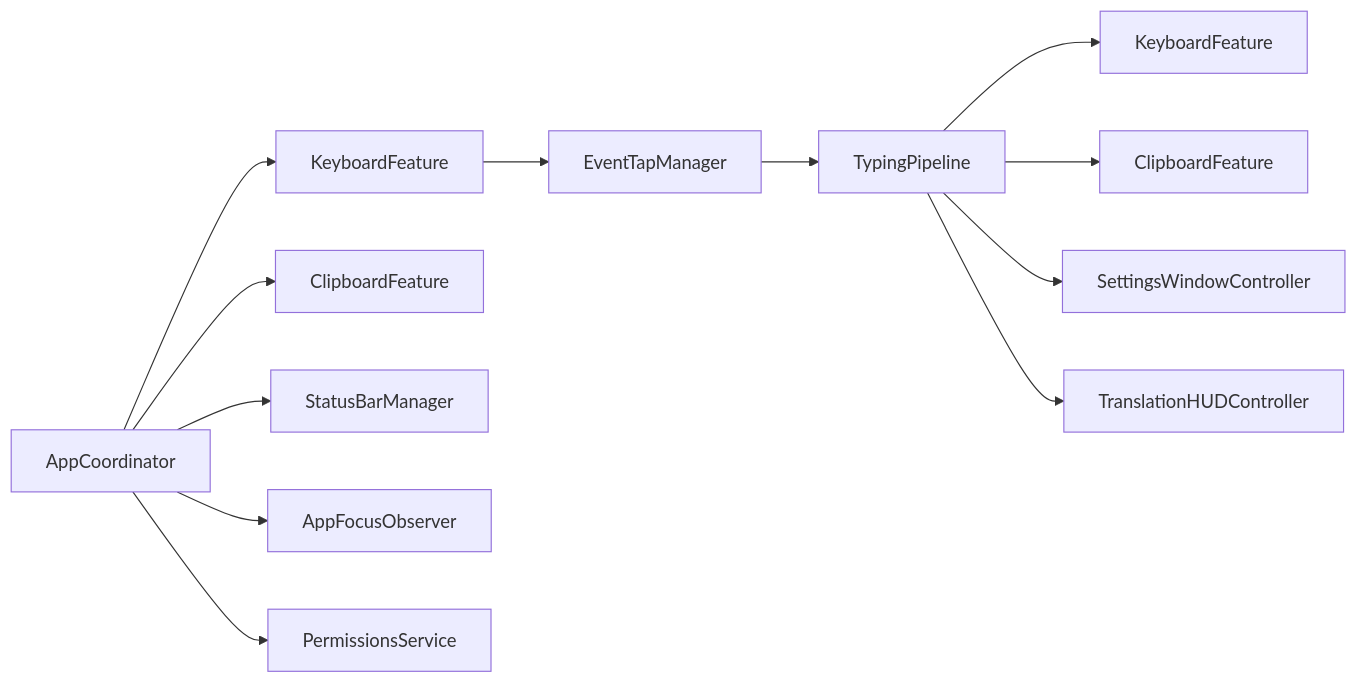
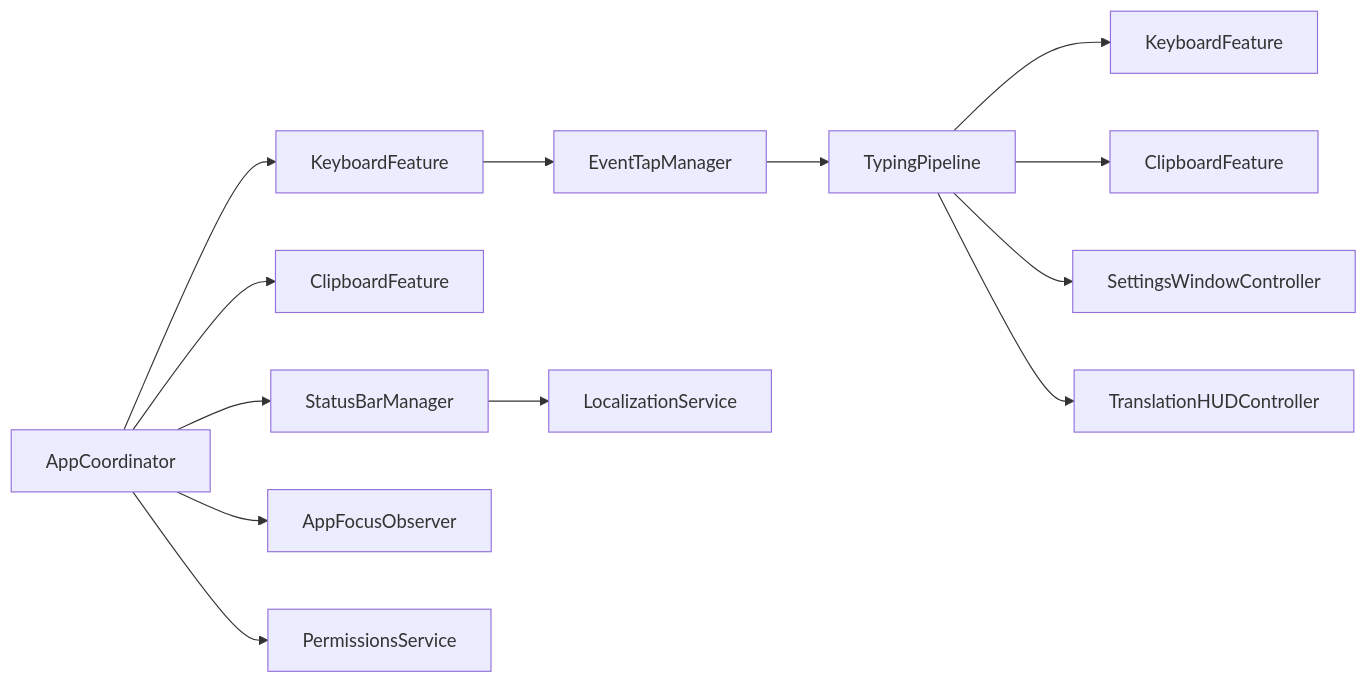
The ninth of 9 diagrams in .qoder/repowiki/en/content/macOS Application/macOS Application.md (Nam088/skey), drawn with Mermaid before and after one commit. The commit also changed other lines of this file and 84 other files, not shown here.

````diff
--- a/.qoder/repowiki/en/content/macOS Application/macOS Application.md
+++ b/.qoder/repowiki/en/content/macOS Application/macOS Application.md
@@ -364,14 +410,15 @@
 ```mermaid
 graph LR
 App["AppCoordinator"] --> KB["KeyboardFeature"]
 App --> CB["ClipboardFeature"]
 App --> SB["StatusBarManager"]
 KB --> ETM["EventTapManager"]
 ETM --> TP["TypingPipeline"]
 TP --> KF["KeyboardFeature"]
 TP --> CF["ClipboardFeature"]
 TP --> SW["SettingsWindowController"]
 TP --> TH["TranslationHUDController"]
 App --> AFO["AppFocusObserver"]
 App --> PS["PermissionsService"]
+SB --> LS["LocalizationService"]
 ```
````
